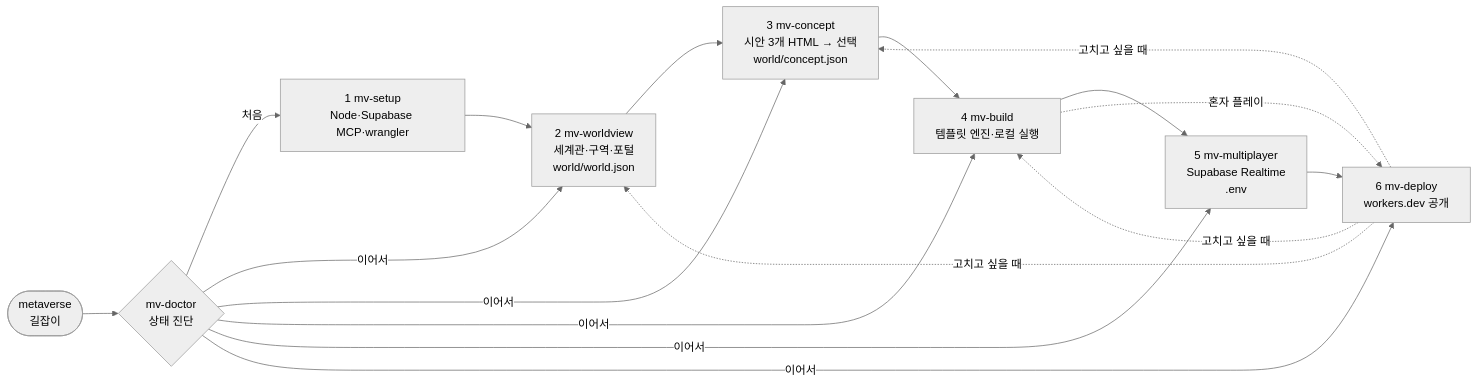
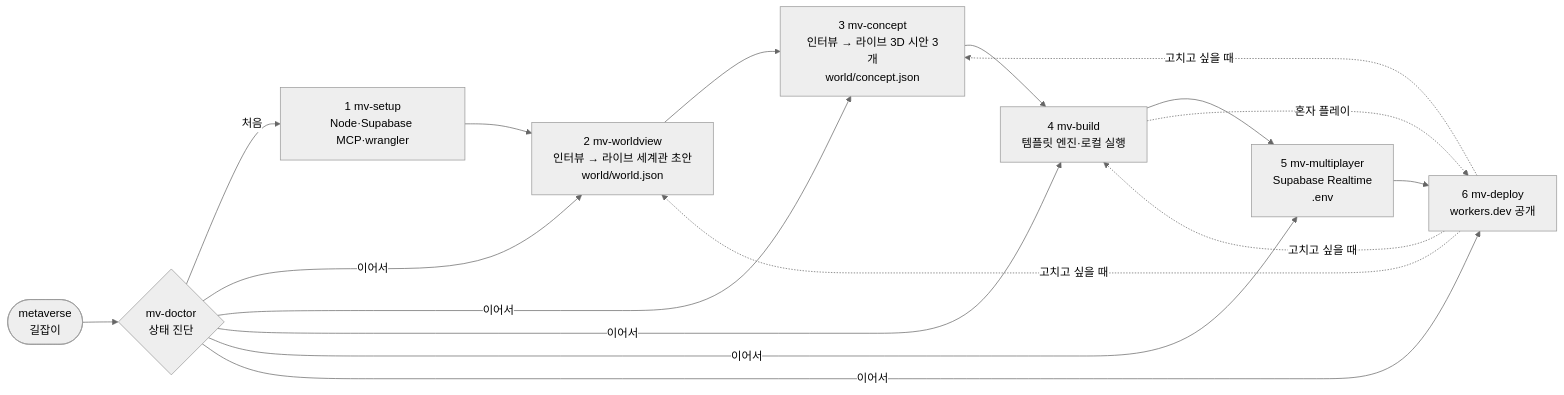
One commit to workromancer/ttalgakverse changed the first of 2 diagrams in docs/workflow.md. Above: the diagram before and after it, drawn with Mermaid (neutral theme). The commit also changed other lines of this file and 25 other files, not shown here.

First line of the commit message:
feat: 딸각verse — 인터뷰 기반 라이브 세계관·컨셉 시안, 항상 켜진 비밀 정보 검사, 한/영 설명서

````diff
--- a/docs/workflow.md
+++ b/docs/workflow.md
@@ -5,13 +5,13 @@
 ```mermaid
 flowchart LR
   start([metaverse<br/>길잡이]) --> doc{mv-doctor<br/>상태 진단}
   doc -->|처음| S1[1 mv-setup<br/>Node·Supabase MCP·wrangler]
-  S1 --> S2[2 mv-worldview<br/>세계관·구역·포털<br/>world/world.json]
-  S2 --> S3[3 mv-concept<br/>시안 3개 HTML → 선택<br/>world/concept.json]
+  S1 --> S2[2 mv-worldview<br/>인터뷰 → 라이브 세계관 초안<br/>world/world.json]
+  S2 --> S3[3 mv-concept<br/>인터뷰 → 라이브 3D 시안 3개<br/>world/concept.json]
   S3 --> S4[4 mv-build<br/>템플릿 엔진·로컬 실행]
   S4 --> S5[5 mv-multiplayer<br/>Supabase Realtime<br/>.env]
   S5 --> S6[6 mv-deploy<br/>workers.dev 공개]
   S4 -. 혼자 플레이 .-> S6
   doc -->|이어서| S2 & S3 & S4 & S5 & S6
   S6 -. 고치고 싶을 때 .-> S2 & S3 & S4
 ```
````
